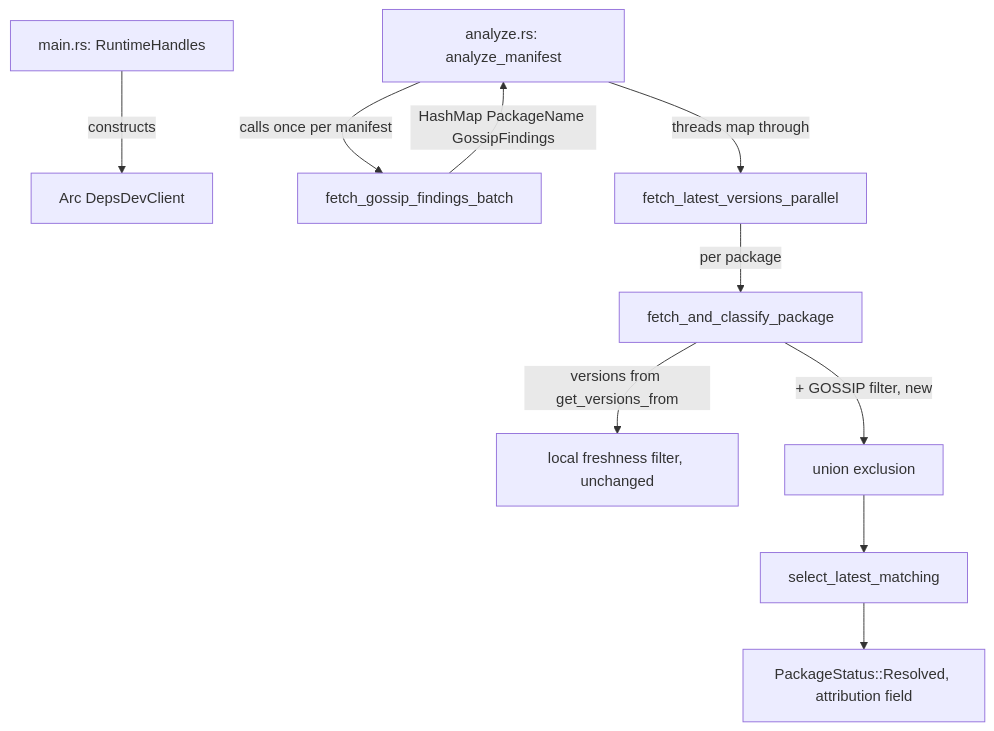
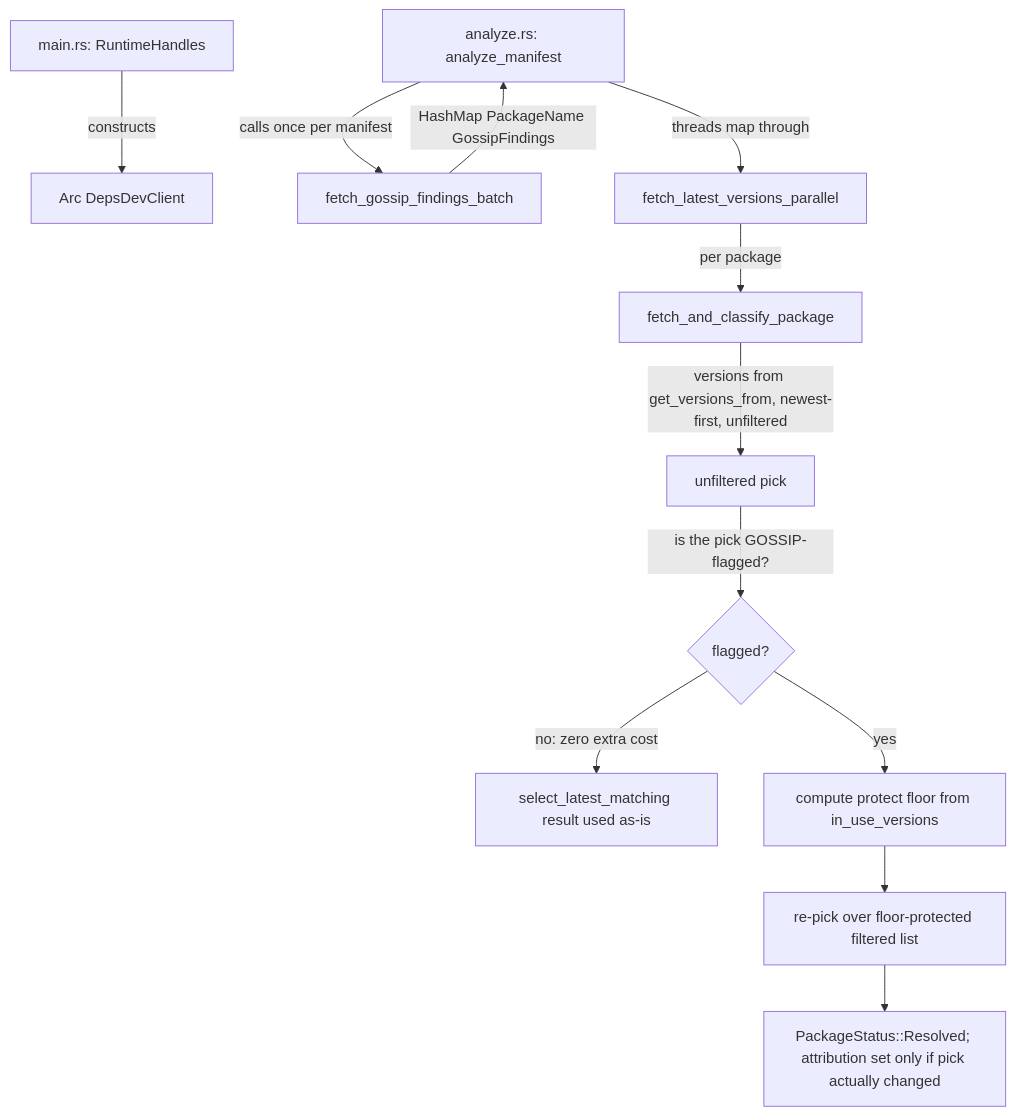
The diagram in specs/074-deps-cli-gossip-parity/plan.md (bug-ops/deps-lsp), drawn with Mermaid before and after one commit. The commit also changed other lines of this file and 2 other files, not shown here.

First line of the commit message:
docs(specs): correct spec 074's GOSSIP filter design after critical critique

````diff
--- a/specs/074-deps-cli-gossip-parity/plan.md
+++ b/specs/074-deps-cli-gossip-parity/plan.md
@@ -40,12 +40,14 @@
 ```mermaid
 graph TD
     A[main.rs: RuntimeHandles] -->|constructs| B[Arc DepsDevClient]
     C[analyze.rs: analyze_manifest] -->|calls once per manifest| D[fetch_gossip_findings_batch]
     D -->|HashMap PackageName GossipFindings| C
     C -->|threads map through| E[fetch_latest_versions_parallel]
     E -->|per package| F[fetch_and_classify_package]
-    F -->|versions from get_versions_from| G[local freshness filter, unchanged]
-    F -->|+ GOSSIP filter, new| H[union exclusion]
-    H --> I[select_latest_matching]
-    I --> J[PackageStatus::Resolved, attribution field]
+    F -->|versions from get_versions_from, newest-first, unfiltered| G[unfiltered pick]
+    G -->|is the pick GOSSIP-flagged?| H{flagged?}
+    H -->|no: zero extra cost| I[select_latest_matching result used as-is]
+    H -->|yes| K[compute protect floor from in_use_versions]
+    K --> L[re-pick over floor-protected filtered list]
+    L --> M[PackageStatus::Resolved; attribution set only if pick actually changed]
 ```
````
